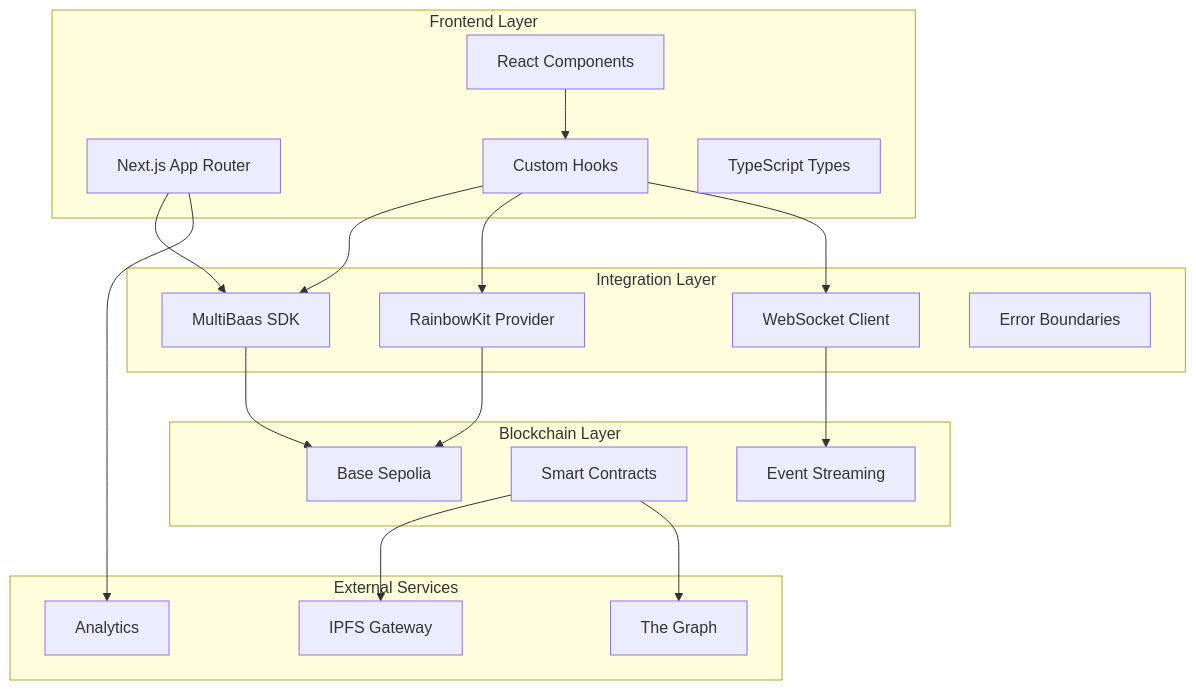
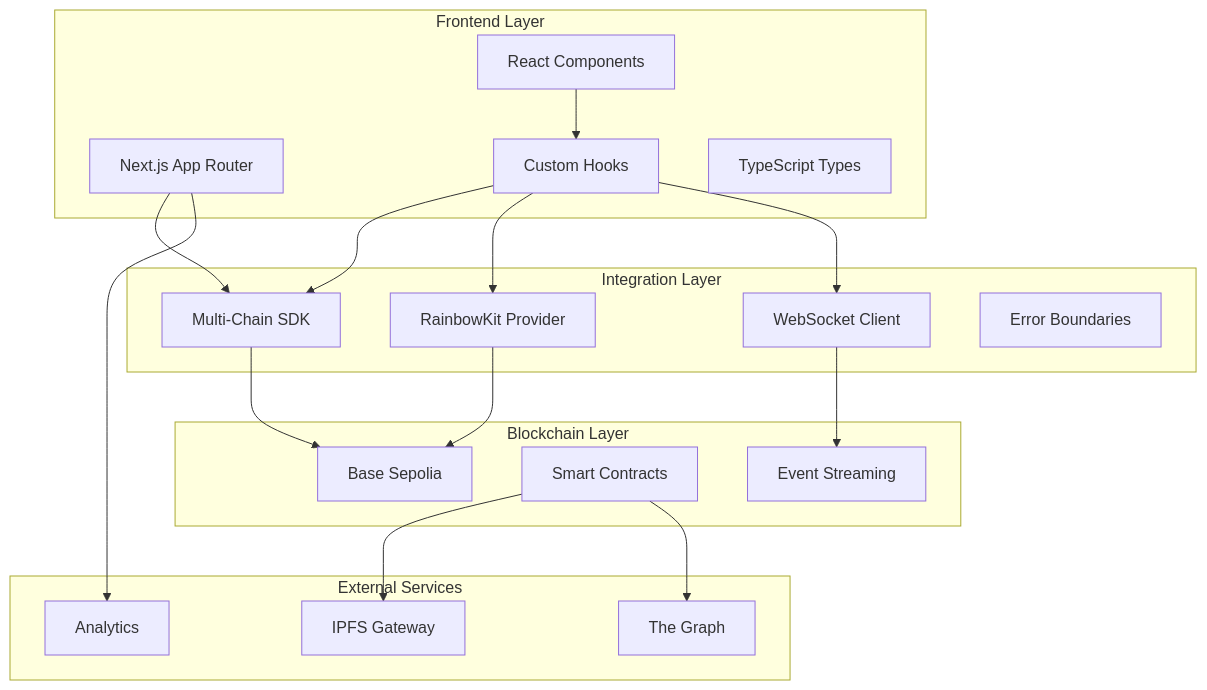
Before and after one commit to Emertechs-Labs/e-chain: the first of 4 diagrams in docs/integration/README.md, drawn with Mermaid. The commit also changed other lines of this file and 152 other files, not shown here.

````diff
--- a/docs/integration/README.md
+++ b/docs/integration/README.md
@@ -714,40 +731,40 @@
 ```mermaid
 graph TB
     subgraph "Frontend Layer"
         A[Next.js App Router]
         B[React Components]
         C[Custom Hooks]
         D[TypeScript Types]
     end
 
     subgraph "Integration Layer"
-        E[MultiBaas SDK]
+        E[Multi-Chain SDK]
         F[RainbowKit Provider]
         G[WebSocket Client]
         H[Error Boundaries]
     end
 
     subgraph "Blockchain Layer"
         I[Base Sepolia]
         J[Smart Contracts]
         K[Event Streaming]
     end
 
     subgraph "External Services"
         L[IPFS Gateway]
         M[The Graph]
         N[Analytics]
     end
 
     A --> E
     B --> C
     C --> E
     C --> F
     C --> G
     E --> I
     F --> I
     G --> K
     J --> L
     J --> M
     A --> N
 ```
````
